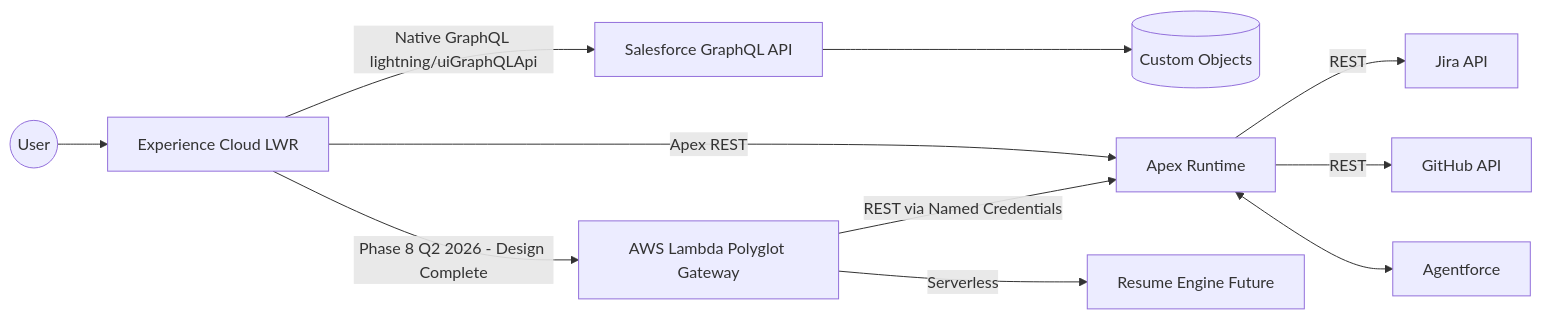
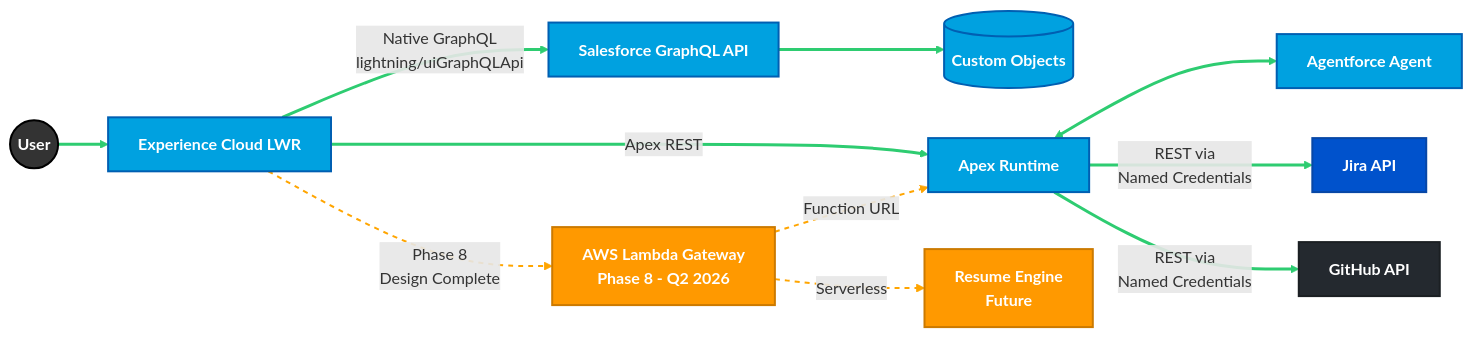
The first of 4 diagrams in docs/guides/03-SAS.md (rdbumstead/salesforce-platform-architect-portfolio), drawn with Mermaid before and after one commit.

Commit message:
docs: update SAS mermaid architecture diagram with detailed styling

````diff
--- a/docs/guides/03-SAS.md
+++ b/docs/guides/03-SAS.md
@@ -70,25 +70,47 @@
 ```mermaid
 graph LR
-    User((User)) --> LWR[Experience Cloud LWR]
+    %% Define Styles
+    classDef sfdc fill:#00A1E0,stroke:#005FB2,stroke-width:2px,color:white,font-weight:bold;
+    classDef aws fill:#FF9900,stroke:#CC7A00,stroke-width:2px,color:white,font-weight:bold;
+    classDef jira fill:#0052CC,stroke:#0747A6,stroke-width:2px,color:white,font-weight:bold;
+    classDef github fill:#24292F,stroke:#1B1F23,stroke-width:2px,color:white,font-weight:bold;
+    classDef user fill:#333333,stroke:#000000,stroke-width:2px,color:white,font-weight:bold;
+    classDef future fill:#FFE5B4,stroke:#FFA500,stroke-width:2px,stroke-dasharray: 5 5;
 
-    %% DOOR 1 - Native Salesforce GraphQL MVP Q1 2026
-    LWR -->|Native GraphQL lightning/uiGraphQLApi| SF_GQL[Salesforce GraphQL API]
-    SF_GQL --> DB[(Custom Objects)]
+    %% Nodes
+    User((User))
+    LWR[Experience Cloud LWR]
+    SF_GQL[Salesforce GraphQL API]
+    DB[(Custom Objects)]
+    Lambda[AWS Lambda Gateway<br/>Phase 8 - Q2 2026]
+    Apex[Apex Runtime]
+    AI[Agentforce Agent]
+    Jira[Jira API]
+    GitHub[GitHub API]
+    Resume[Resume Engine<br/>Future]
 
-    %% DOOR 2 - External Polyglot BFF Phase 8 Q2 2026
-    LWR -->|Phase 8 Q2 2026 - Design Complete| Lambda[AWS Lambda Polyglot Gateway]
+    %% Live MVP Connections (Solid)
+    User --> LWR
+    LWR -->|Native GraphQL<br/>lightning/uiGraphQLApi| SF_GQL
+    SF_GQL --> DB
+    LWR -->|Apex REST| Apex
+    Apex <--> AI
+    Apex -->|REST via<br/>Named Credentials| Jira
+    Apex -->|REST via<br/>Named Credentials| GitHub
 
-    %% Classic Apex REST path
-    LWR -->|Apex REST| Apex[Apex Runtime]
-    Lambda -->|REST via Named Credentials| Apex
+    %% Phase 8 Connections (Dashed)
+    LWR -.->|Phase 8<br/>Design Complete| Lambda
+    Lambda -.->|Function URL| Apex
+    Lambda -.->|Serverless| Resume
 
-    %% External integrations
-    Apex -->|REST| Jira[Jira API]
-    Apex -->|REST| GitHub[GitHub API]
+    %% Apply Styles
+    class LWR,SF_GQL,DB,Apex,AI sfdc;
+    class Lambda,Resume aws;
+    class Jira jira;
+    class GitHub github;
+    class User user;
 
-    %% Future extensions
-    Lambda -->|Serverless| Resume[Resume Engine Future]
-
-    %% AI stays on-platform
-    Apex <--> AI[Agentforce]
+    %% Link Styling
+    linkStyle 0,1,2,3,4,5,6 stroke:#2ECC71,stroke-width:3px;
+    linkStyle 7,8,9 stroke:#FFA500,stroke-width:2px,stroke-dasharray:5;
 ```
````
